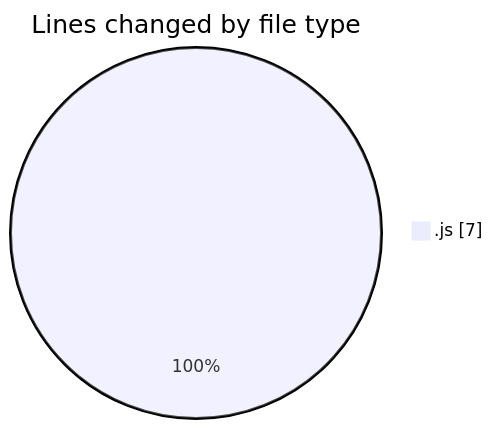
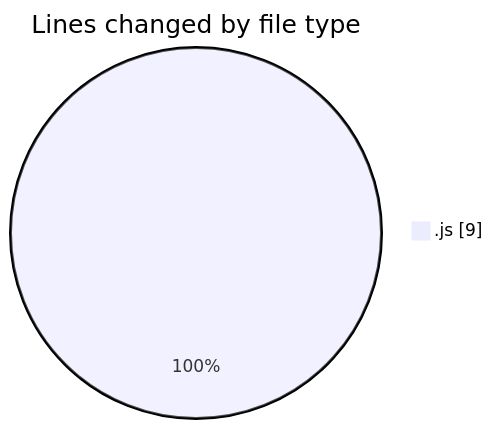
Before and after one commit to nxtqubesakshisongat/code-tracking: the first of 2 diagrams in 2025-12-10/nxtqube_webapp/README.md, drawn with Mermaid. The commit also changed other lines of this file and 1 other file, not shown here.

````diff
--- a/2025-12-10/nxtqube_webapp/README.md
+++ b/2025-12-10/nxtqube_webapp/README.md
@@ -20,5 +20,5 @@
 ```mermaid
 pie showData
 title Lines changed by file type
-".js" : 7
+".js" : 9
 ```
````
